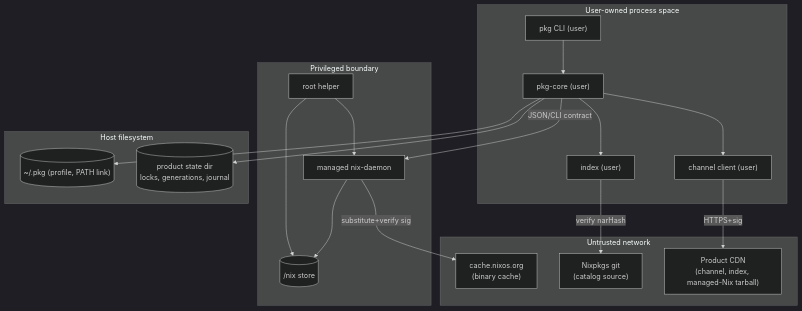
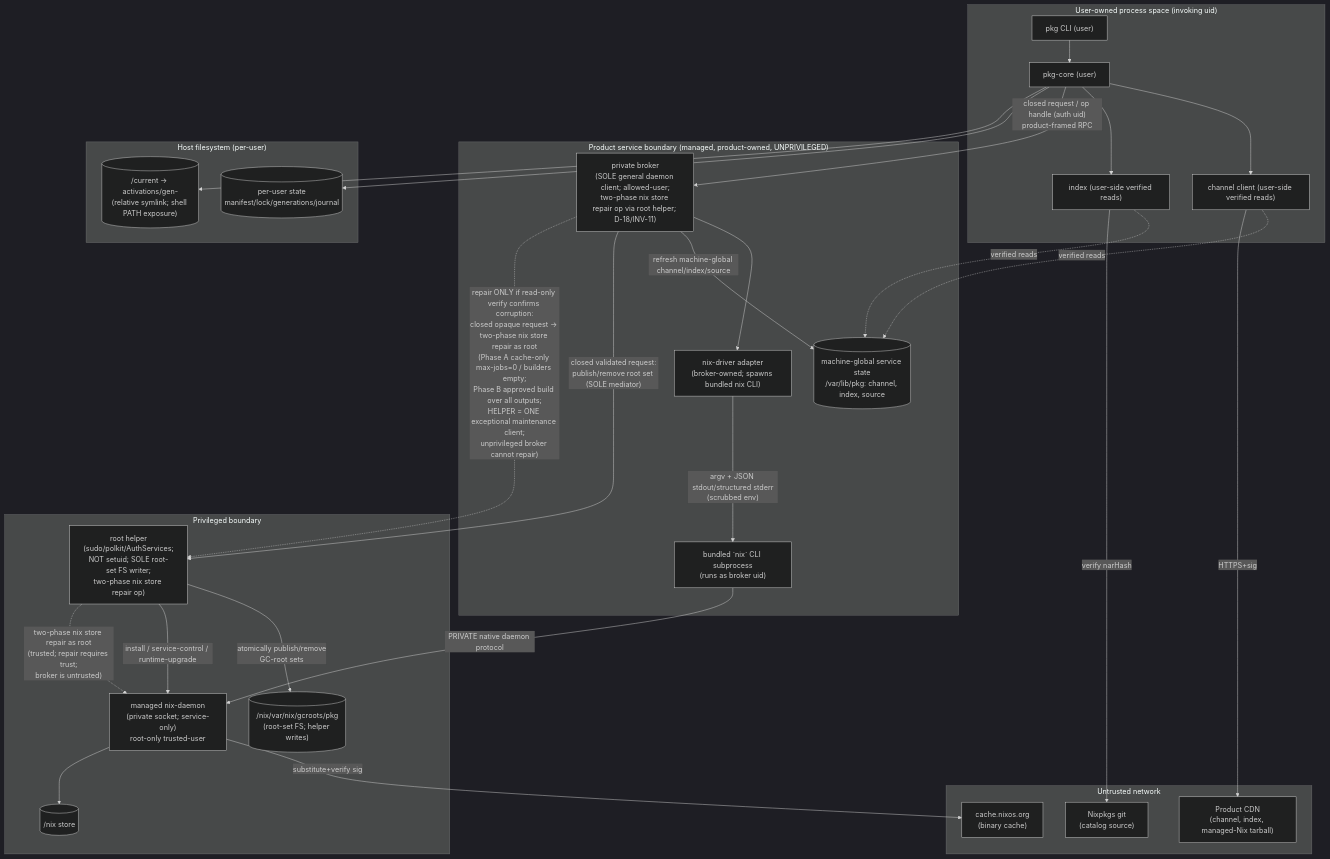
Before and after one commit to spa5k/pkg: the diagram in plans/08-security-model.md, drawn with Mermaid (dark theme). The commit also changed other lines of this file and 17 other files, not shown here.

Commit message:
docs: finalize managed Nix v1 architecture

````diff
--- a/plans/08-security-model.md
+++ b/plans/08-security-model.md
@@ -70,39 +71,56 @@
 ```mermaid
 flowchart TB
     subgraph Internet["Untrusted network"]
         CDN["Product CDN<br/>(channel, index, managed-Nix tarball)"]
         CACHE["cache.nixos.org<br/>(binary cache)"]
         NIXPKGS["Nixpkgs git<br/>(catalog source)"]
     end
 
-    subgraph UserSpace["User-owned process space"]
+    subgraph UserSpace["User-owned process space (invoking uid)"]
         CLI["pkg CLI (user)"]
         CORE["pkg-core (user)"]
-        CHANNEL["channel client (user)"]
-        INDEX["index (user)"]
+        CHANNEL["channel client (user-side verified reads)"]
+        INDEX["index (user-side verified reads)"]
+    end
+
+    subgraph SvcSpace["Product service boundary (managed, product-owned, UNPRIVILEGED)"]
+        BROKER["private broker<br/>(SOLE general daemon client; allowed-user;<br/>two-phase nix store repair op via root helper; D-18/INV-11)"]
+        NIXCLIENT["nix-driver adapter<br/>(broker-owned; spawns bundled nix CLI)"]
+        NIXCLI["bundled `nix` CLI subprocess<br/>(runs as broker uid)"]
+        SVCSTATE[("machine-global service state<br/>/var/lib/pkg: channel, index, source")]
     end
 
     subgraph PrivSpace["Privileged boundary"]
-        HELPER["root helper"]
-        NIXD["managed nix-daemon"]
+        HELPER["root helper<br/>(sudo/polkit/AuthServices;<br/>NOT setuid; SOLE root-set FS writer;<br/>two-phase nix store repair op)"]
+        NIXD["managed nix-daemon<br/>(private socket; service-only)<br/>root-only trusted-user"]
         STORE[("/nix store")]
+        GCROOTS[("/nix/var/nix/gcroots/pkg<br/>(root-set FS; helper writes)")]
     end
 
-    subgraph HostFS["Host filesystem"]
-        STATE[("product state dir\nlocks, generations, journal")]
-        HOME[("~/.pkg (profile, PATH link)")]
+    subgraph HostFS["Host filesystem (per-user)"]
+        STATE[("per-user state<br/>manifest/lock/generations/journal")]
+        CUR[("<user-state>/current → activations/gen-<id><br/>(relative symlink; shell PATH exposure)")]
     end
 
     CLI --> CORE
     CORE --> CHANNEL
     CORE --> INDEX
-    CORE -- "JSON/CLI contract" --> NIXD
+    CORE -- "closed request / op handle (auth uid)<br/>product-framed RPC" --> BROKER
+    BROKER --> NIXCLIENT
+    NIXCLIENT -- "argv + JSON stdout/structured stderr<br/>(scrubbed env)" --> NIXCLI
+    NIXCLI -- "PRIVATE native daemon protocol" --> NIXD
+    BROKER -- "refresh machine-global channel/index/source" --> SVCSTATE
+    CHANNEL -. "verified reads" .-> SVCSTATE
+    INDEX -. "verified reads" .-> SVCSTATE
     CHANNEL -->|HTTPS+sig| CDN
     INDEX -->|verify narHash| NIXPKGS
     NIXD -->|substitute+verify sig| CACHE
     NIXD --> STORE
-    HELPER --> NIXD
-    HELPER --> STORE
+    BROKER -- "closed validated request:<br/>publish/remove root set (SOLE mediator)" --> HELPER
+    HELPER -- "atomically publish/remove<br/>GC-root sets" --> GCROOTS
+    HELPER -- "install / service-control / runtime-upgrade" --> NIXD
+    BROKER -. "repair ONLY if read-only verify confirms corruption:<br/>closed opaque request → two-phase nix store repair as root<br/>(Phase A cache-only max-jobs=0 / builders empty;<br/>Phase B approved build over all outputs;<br/>HELPER = ONE exceptional maintenance client;<br/>unprivileged broker cannot repair)" .-> HELPER
+    HELPER -. "two-phase nix store repair as root<br/>(trusted; repair requires trust;<br/>broker is untrusted)" .-> NIXD
     CORE --> STATE
-    CORE --> HOME
+    CORE --> CUR
 ```
````
